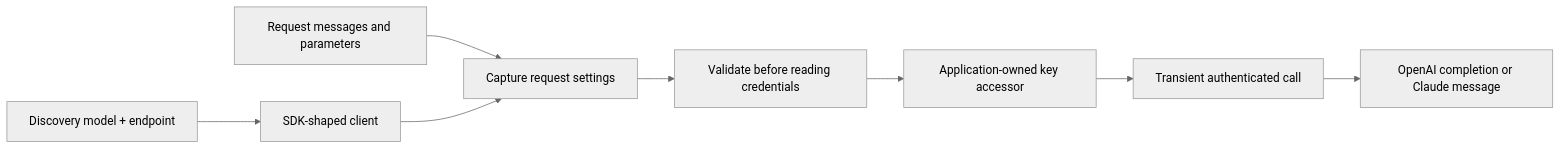
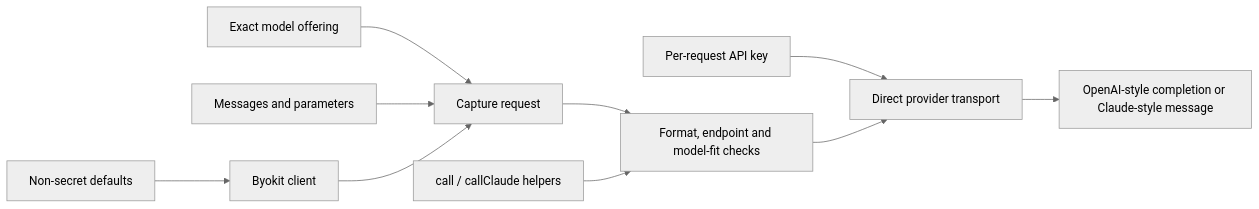
Before and after one commit to staff-000/byokit: the tenth of 13 diagrams in docs/design.md, drawn with Mermaid (neutral theme). The commit also changed other lines of this file and 25 other files, not shown here.

Commit message:
Add branded Byokit client with per-request models and keys

````diff
--- a/docs/design.md
+++ b/docs/design.md
@@ -353,10 +355,12 @@
 ```mermaid
 flowchart LR
-  Model[Discovery model + endpoint] --> Client[SDK-shaped client]
-  Params[Request messages and parameters] --> Snapshot[Capture request settings]
+  Defaults[Non-secret defaults] --> Client[Byokit client]
+  Model[Exact model offering] --> Snapshot[Capture request]
+  Input[Messages and parameters] --> Snapshot
   Client --> Snapshot
-  Snapshot --> Validate[Validate before reading credentials]
-  Validate --> Accessor[Application-owned key accessor]
-  Accessor --> Request[Transient authenticated call]
-  Request --> Response[OpenAI completion or Claude message]
+  Snapshot --> Validate[Format, endpoint and model-fit checks]
+  Key[Per-request API key] --> Request[Direct provider transport]
+  Validate --> Request
+  Request --> Response[OpenAI-style completion or Claude-style message]
+  Helpers[call / callClaude helpers] --> Validate
 ```
````
